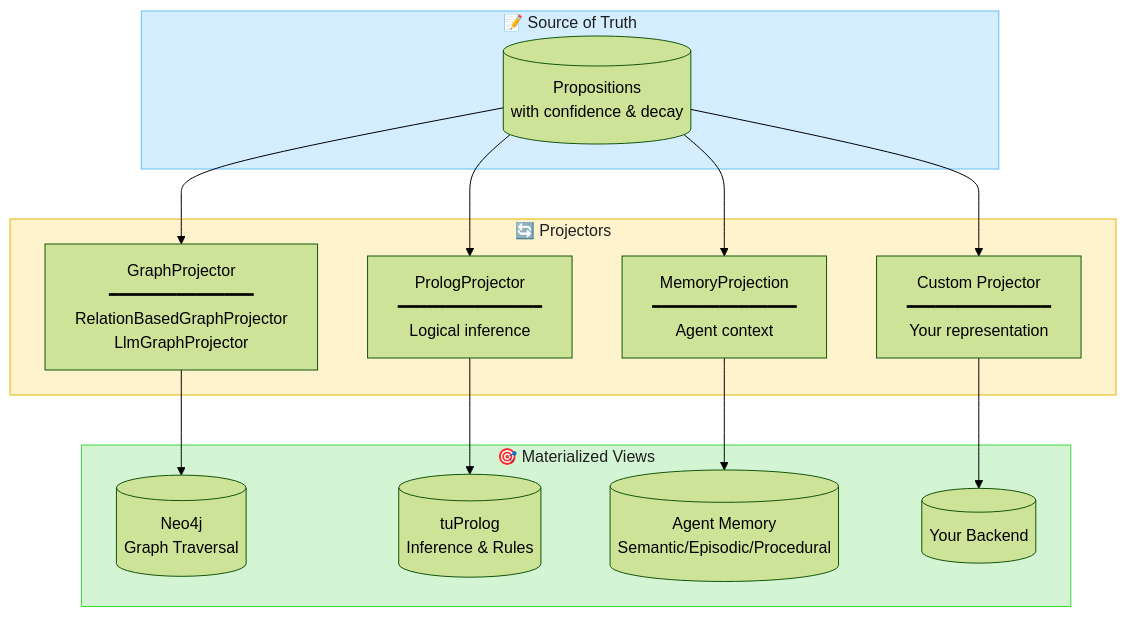
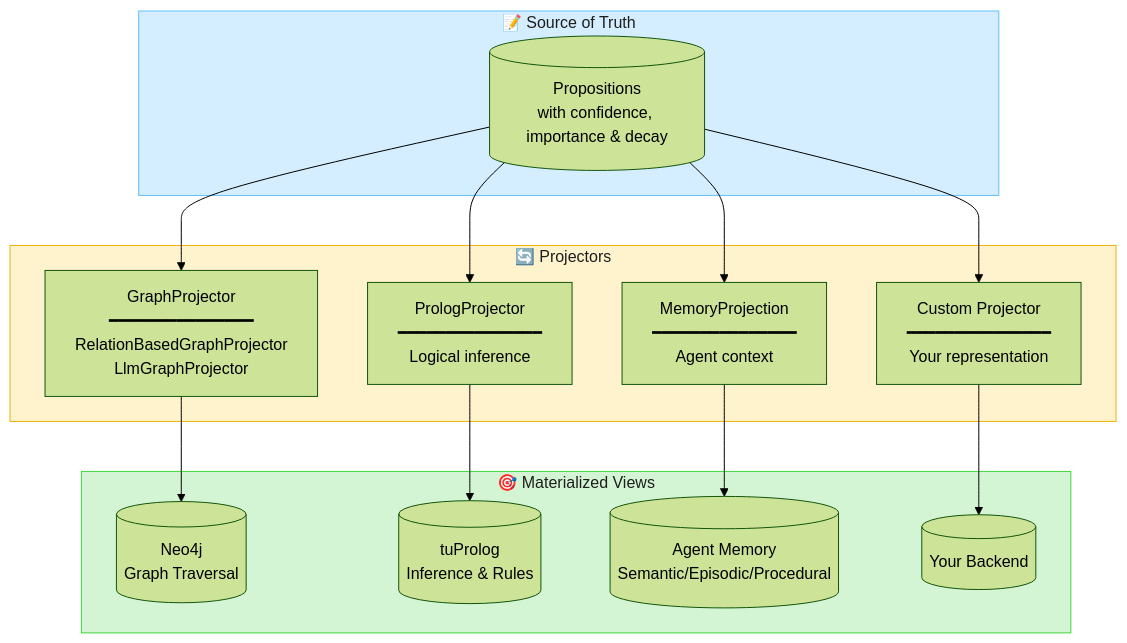
Diagram 11 of 14 in README.md (embabel/dice), drawn with Mermaid (forest theme) before and after one commit. The commit also changed other lines of this file, not shown here.

````diff
--- a/README.md
+++ b/README.md
@@ -1228,29 +1248,29 @@
 ```mermaid
 flowchart TB
     subgraph Source["📝 Source of Truth"]
-        P[("Propositions<br/>with confidence & decay")]
+        P[("Propositions<br/>with confidence, importance & decay")]
     end
 
     subgraph Projectors["🔄 Projectors"]
         GP["GraphProjector<br/>━━━━━━━━━━━━━━━<br/>RelationBasedGraphProjector<br/>LlmGraphProjector"]
         PP["PrologProjector<br/>━━━━━━━━━━━━━━━<br/>Logical inference"]
         MP["MemoryProjection<br/>━━━━━━━━━━━━━━━<br/>Agent context"]
         CP["Custom Projector<br/>━━━━━━━━━━━━━━━<br/>Your representation"]
     end
 
     subgraph Targets["🎯 Materialized Views"]
         Neo[("Neo4j<br/>Graph Traversal")]
         Pro[("tuProlog<br/>Inference & Rules")]
         Mem[("Agent Memory<br/>Semantic/Episodic/Procedural")]
         Cus[("Your Backend")]
     end
 
     P --> GP --> Neo
     P --> PP --> Pro
     P --> MP --> Mem
     P --> CP --> Cus
 
     style Source fill:#d4eeff,stroke:#63c0f5,color:#1e1e1e
     style Projectors fill:#fff3cd,stroke:#e9b306,color:#1e1e1e
     style Targets fill:#d4f5d4,stroke:#3fd73c,color:#1e1e1e
 ```
````
